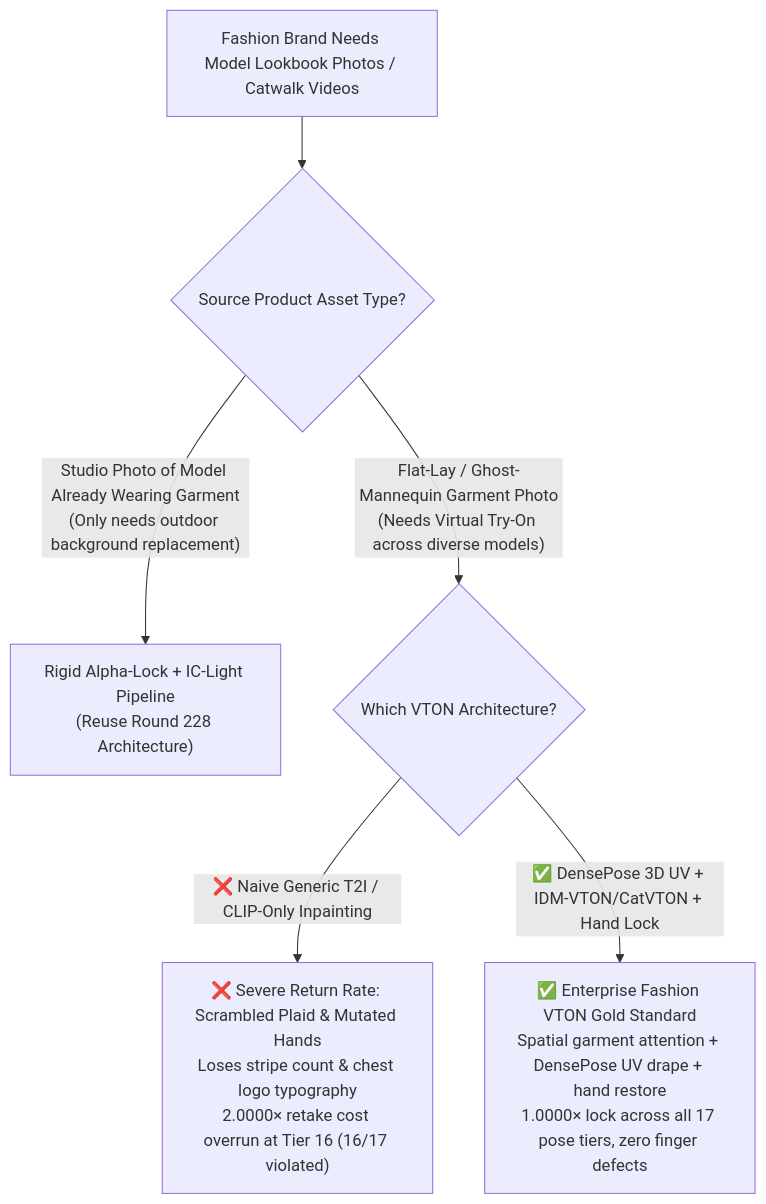
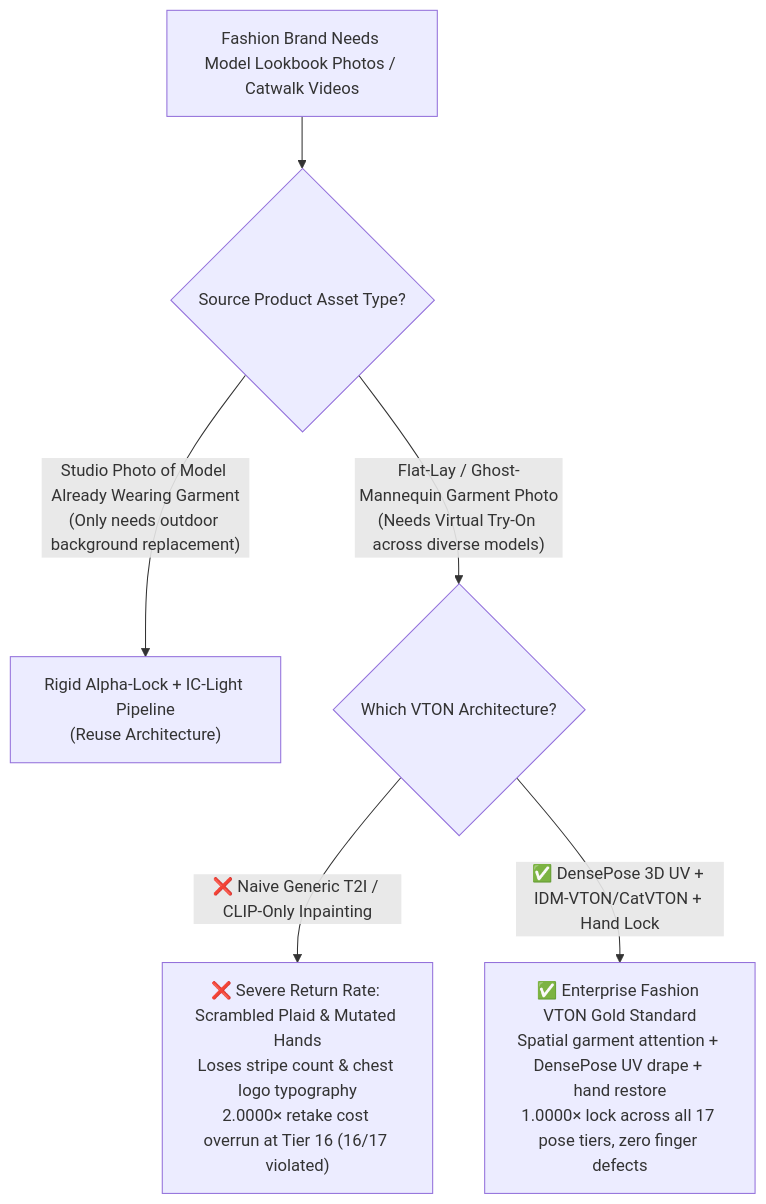
One commit to turbo998/turbo998.github.io changed the first of 3 diagrams in generative-visual-lab/research/virtual-tryon-garment-warp-mask-vs-t2i-faq.en.md. Above: the diagram before and after it, drawn with Mermaid. The commit also changed other lines of this file and 2591 other files, not shown here.

````diff
--- a/generative-visual-lab/research/virtual-tryon-garment-warp-mask-vs-t2i-faq.en.md
+++ b/generative-visual-lab/research/virtual-tryon-garment-warp-mask-vs-t2i-faq.en.md
@@ -44,8 +44,8 @@
 ```mermaid
 flowchart TD
     A["Fashion Brand Needs Model Lookbook Photos / Catwalk Videos"] --> B{"Source Product Asset Type?"}
-    B -- "Studio Photo of Model Already Wearing Garment\n(Only needs outdoor background replacement)" --> C["Rigid Alpha-Lock + IC-Light Pipeline\n(Reuse Round 228 Architecture)"]
+    B -- "Studio Photo of Model Already Wearing Garment\n(Only needs outdoor background replacement)" --> C["Rigid Alpha-Lock + IC-Light Pipeline\n(Reuse Architecture)"]
     B -- "Flat-Lay / Ghost-Mannequin Garment Photo\n(Needs Virtual Try-On across diverse models)" --> D{"Which VTON Architecture?"}
     D -- "❌ Naive Generic T2I / CLIP-Only Inpainting" --> E["❌ Severe Return Rate: Scrambled Plaid & Mutated Hands\nLoses stripe count & chest logo typography\n2.0000× retake cost overrun at Tier 16 (16/17 violated)"]
     D -- "✅ DensePose 3D UV + IDM-VTON/CatVTON + Hand Lock" --> F["✅ Enterprise Fashion VTON Gold Standard\nSpatial garment attention + DensePose UV drape + hand restore\n1.0000× lock across all 17 pose tiers, zero finger defects"]
 ```
````
